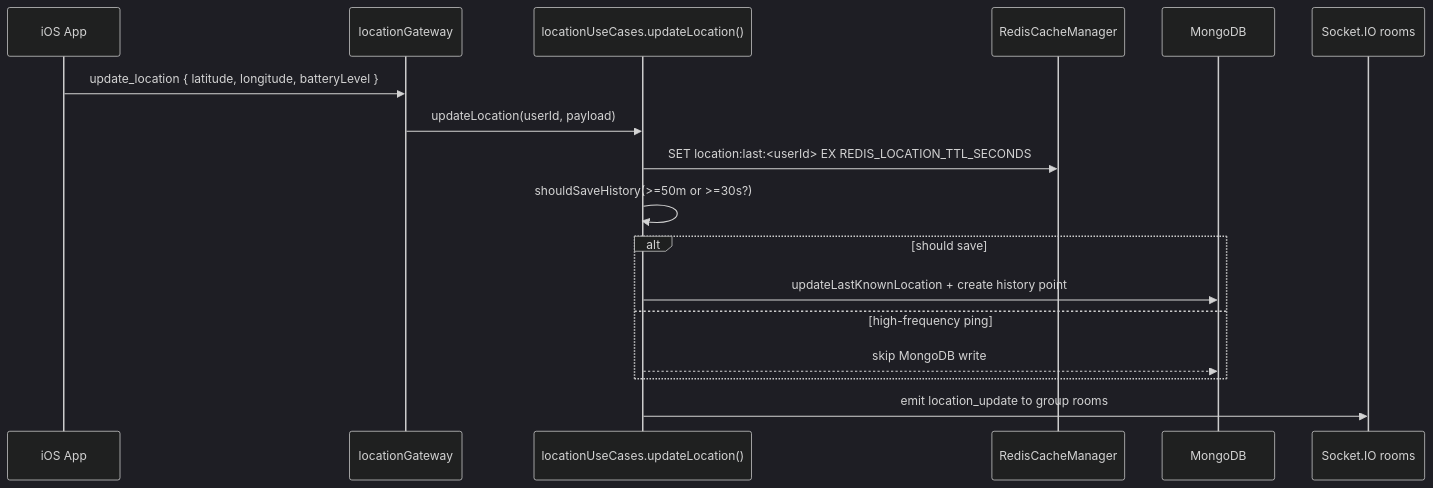
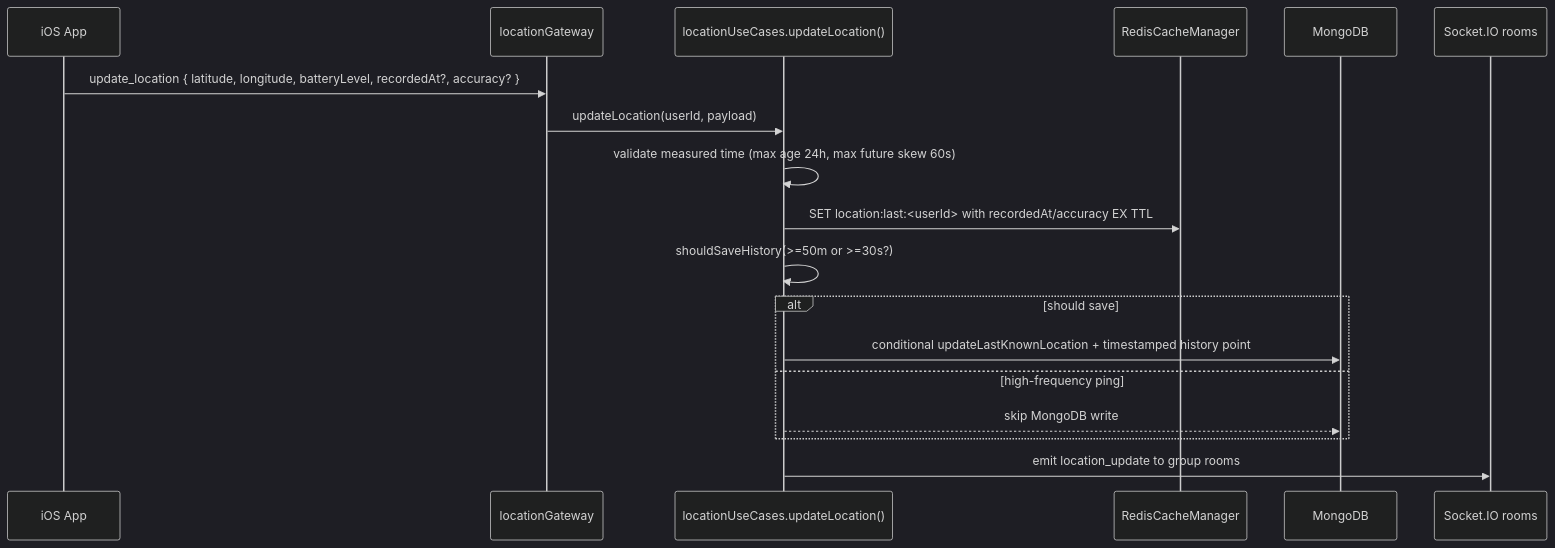
The fifth of 6 diagrams in Study/REDIS_PERFORMANCE_AND_CACHING_ARCHITECTURE.md (Lyquang/Life360-BackEnd), drawn with Mermaid (dark theme) before and after one commit. The commit also changed 11 other files, not shown here.

Commit message:
fix: accept measured GPS time and accuracy

````diff
--- a/Study/REDIS_PERFORMANCE_AND_CACHING_ARCHITECTURE.md
+++ b/Study/REDIS_PERFORMANCE_AND_CACHING_ARCHITECTURE.md
@@ -1214,20 +1214,21 @@
 ```mermaid
 sequenceDiagram
     participant Mobile as iOS App
     participant Socket as locationGateway
     participant LocationUC as locationUseCases.updateLocation()
     participant Redis as RedisCacheManager
     participant Mongo as MongoDB
     participant Realtime as Socket.IO rooms
 
-    Mobile->>Socket: update_location { latitude, longitude, batteryLevel }
+    Mobile->>Socket: update_location { latitude, longitude, batteryLevel, recordedAt?, accuracy? }
     Socket->>LocationUC: updateLocation(userId, payload)
-    LocationUC->>Redis: SET location:last:<userId> EX REDIS_LOCATION_TTL_SECONDS
+    LocationUC->>LocationUC: validate measured time (max age 24h, max future skew 60s)
+    LocationUC->>Redis: SET location:last:<userId> with recordedAt/accuracy EX TTL
     LocationUC->>LocationUC: shouldSaveHistory(>=50m or >=30s?)
     alt should save
-        LocationUC->>Mongo: updateLastKnownLocation + create history point
+        LocationUC->>Mongo: conditional updateLastKnownLocation + timestamped history point
     else high-frequency ping
         LocationUC-->>Mongo: skip MongoDB write
     end
     LocationUC->>Realtime: emit location_update to group rooms
 ```
````
